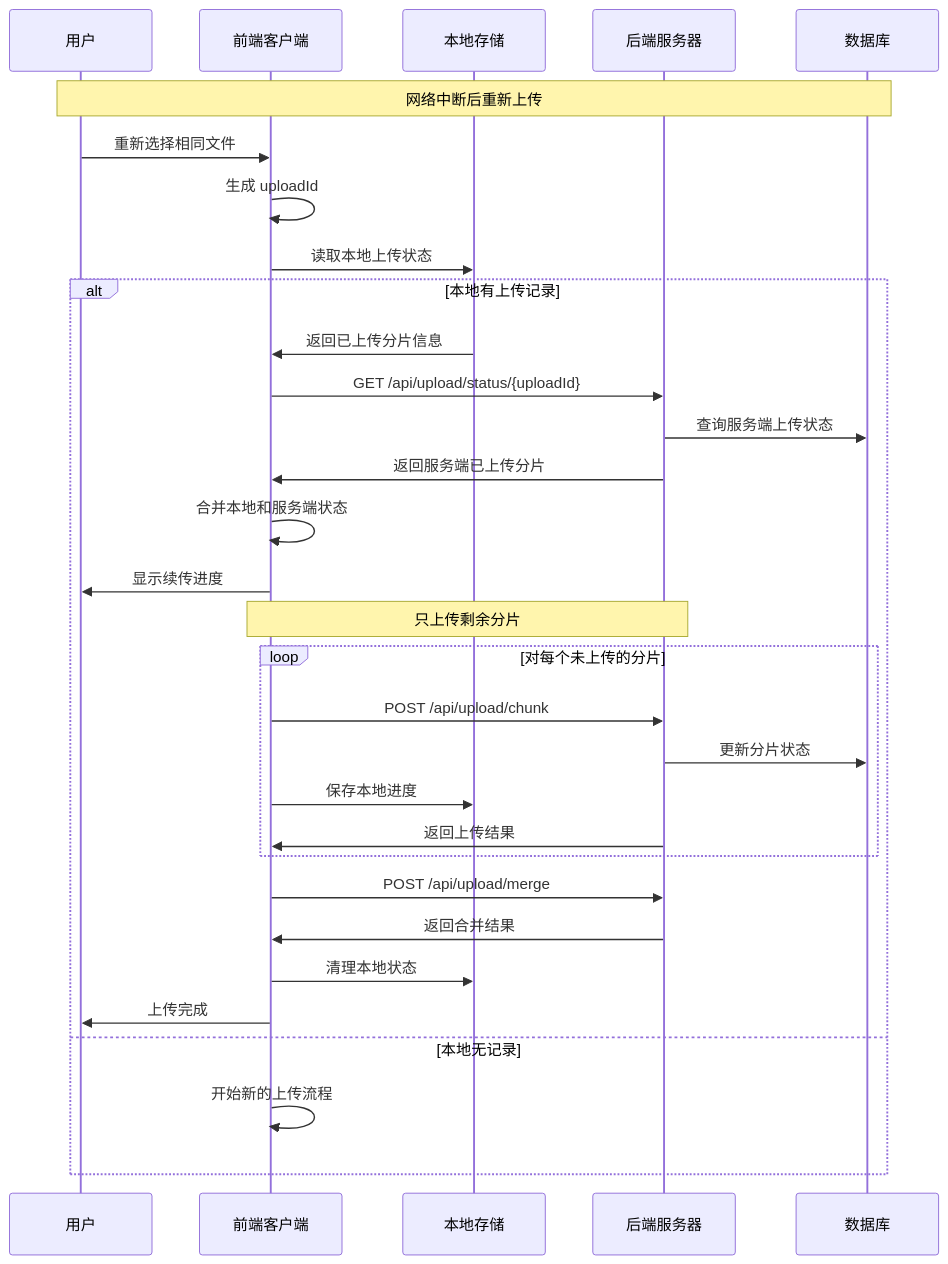
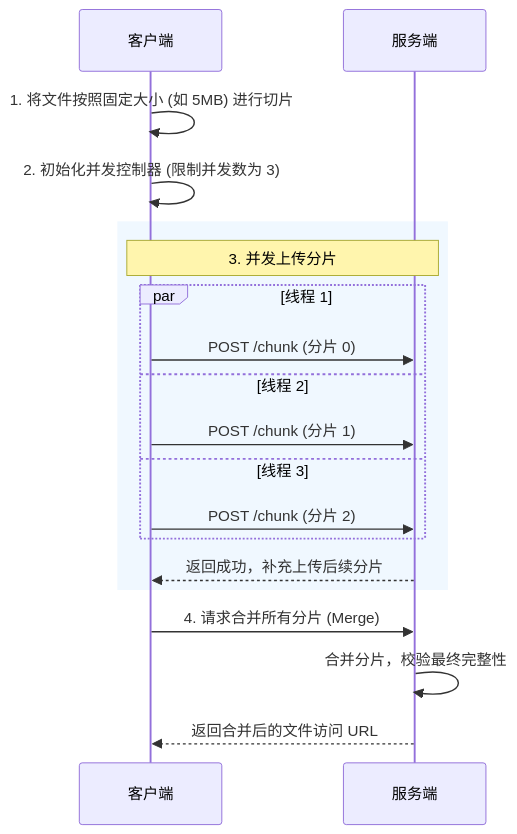
Before and after one commit to weihongyu12/web: the third of 4 diagrams in docs/features/file-upload/README.md, drawn with Mermaid. The commit also changed other lines of this file, not shown here.

````diff
--- a/docs/features/file-upload/README.md
+++ b/docs/features/file-upload/README.md
@@ -381,38 +89,24 @@
 ```mermaid
 sequenceDiagram
-    participant U as 用户
-    participant C as 前端客户端
-    participant LS as 本地存储
-    participant S as 后端服务器
-    participant DB as 数据库
+    participant C as 客户端
+    participant S as 服务端
 
-    Note over U,DB: 网络中断后重新上传
+    C->>C: 1. 将文件按照固定大小 (如 5MB) 进行切片
+    C->>C: 2. 初始化并发控制器 (限制并发数为 3)
     
-    U->>C: 重新选择相同文件
-    C->>C: 生成 uploadId
-    C->>LS: 读取本地上传状态
+    rect rgb(240, 248, 255)
+        Note over C,S: 3. 并发上传分片
+        par 线程 1
+            C->>S: POST /chunk (分片 0)
+        and 线程 2
+            C->>S: POST /chunk (分片 1)
+        and 线程 3
+            C->>S: POST /chunk (分片 2)
+        end
+        S-->>C: 返回成功，补充上传后续分片
+    end
     
-    alt 本地有上传记录
-        LS->>C: 返回已上传分片信息
-        C->>S: GET /api/upload/status/{uploadId}
-        S->>DB: 查询服务端上传状态
-        S->>C: 返回服务端已上传分片
-        C->>C: 合并本地和服务端状态
-        C->>U: 显示续传进度
-        
-        Note over C,S: 只上传剩余分片
-        loop 对每个未上传的分片
-            C->>S: POST /api/upload/chunk
-            S->>DB: 更新分片状态
-            C->>LS: 保存本地进度
-            S->>C: 返回上传结果
-        end
-        
-        C->>S: POST /api/upload/merge
-        S->>C: 返回合并结果
-        C->>LS: 清理本地状态
-        C->>U: 上传完成
-    else 本地无记录
-        C->>C: 开始新的上传流程
-    end
+    C->>S: 4. 请求合并所有分片 (Merge)
+    S->>S: 合并分片，校验最终完整性
+    S-->>C: 返回合并后的文件访问 URL
 ```
````
